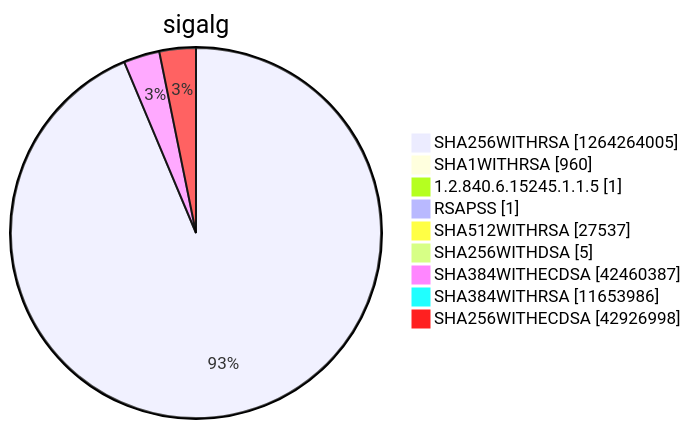
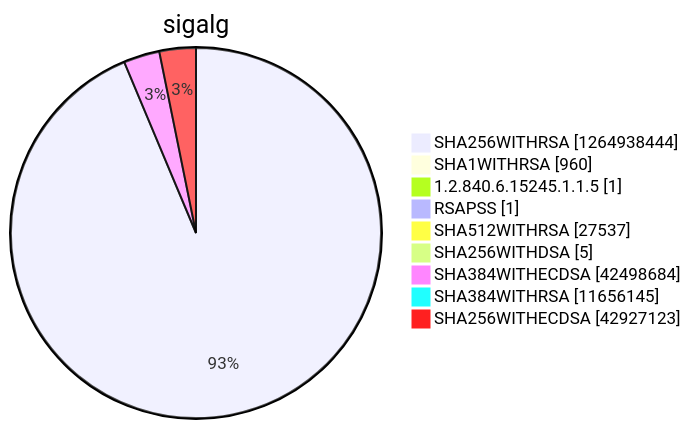
Before and after one commit to christiankrug/ctmonitor_visualization: diagram 15 of 15 in argon2022/README.md, drawn with Mermaid. The commit also changed other lines of this file, not shown here.

````diff
--- a/argon2022/README.md
+++ b/argon2022/README.md
@@ -5522,13 +5522,13 @@
 ```mermaid
 pie showData
 title sigalg
-"SHA256WITHRSA" :1264264005
+"SHA256WITHRSA" :1264938444
 "SHA1WITHRSA" :960
 "1.2.840.6.15245.1.1.5" :1
 "RSAPSS" :1
 "SHA512WITHRSA" :27537
 "SHA256WITHDSA" :5
-"SHA384WITHECDSA" :42460387
-"SHA384WITHRSA" :11653986
-"SHA256WITHECDSA" :42926998
+"SHA384WITHECDSA" :42498684
+"SHA384WITHRSA" :11656145
+"SHA256WITHECDSA" :42927123
 ```
````
